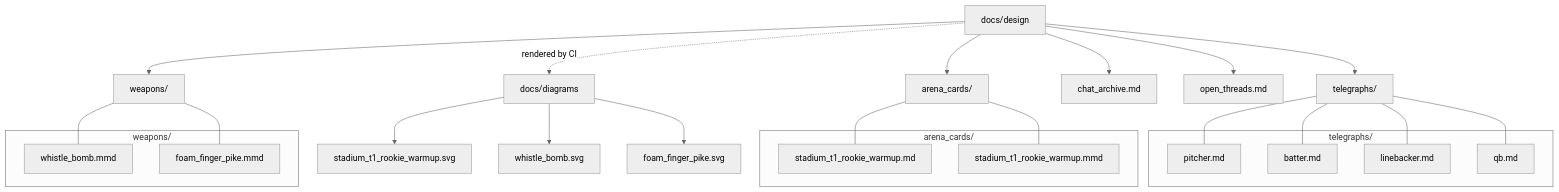
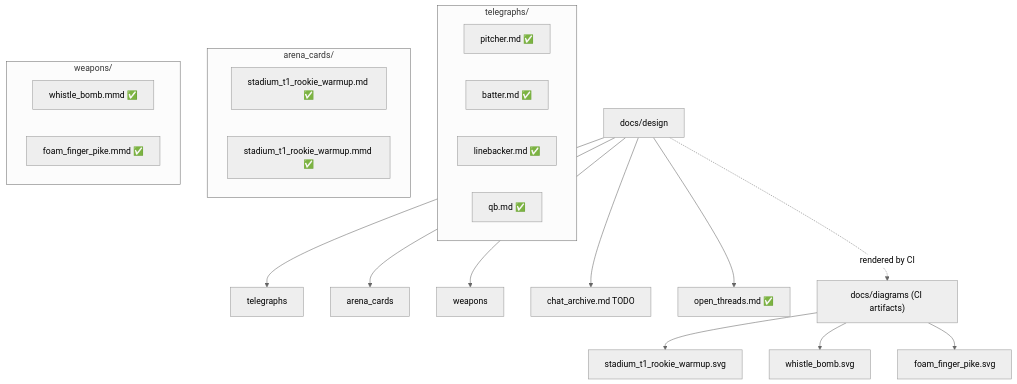
The diagram in FieldOfHorrors/docs/design/overview.mmd (mimatt24/FieldofHorrors), drawn with Mermaid (neutral theme) before and after one commit.

Commit message:
docs(overview): regenerate overview.mmd (Mermaid)

```diff
--- a/FieldOfHorrors/docs/design/overview.mmd
+++ b/FieldOfHorrors/docs/design/overview.mmd
@@ -1,42 +1,35 @@
-%% Field of Horrors – Design Overview
+%% Field of Horrors – Design Overview (auto-generated)
 flowchart TD
-  A["docs/design"] --> DG["telegraphs/"]
-  A --> AC["arena_cards/"]
-  A --> W["weapons/"]
-  A --> CA["chat_archive.md"]
-  A --> OT["open_threads.md"]
-
-  %% TELEGRAPHS
-  subgraph "telegraphs/"
-    P["pitcher.md"]
-    B["batter.md"]
-    L["linebacker.md"]
-    Q["qb.md"]
-  end
-  DG --- P
-  DG --- B
-  DG --- L
-  DG --- Q
-
-  %% ARENA CARDS
-  subgraph "arena_cards/"
-    ST1MD["stadium_t1_rookie_warmup.md"]
-    ST1MMD["stadium_t1_rookie_warmup.mmd"]
-  end
-  AC --- ST1MD
-  AC --- ST1MMD
-
-  %% WEAPONS
-  subgraph "weapons/"
-    WB["whistle_bomb.mmd"]
-    FP["foam_finger_pike.mmd"]
-  end
-  W --- WB
-  W --- FP
-
-  %% RENDERED ARTIFACTS
-  D["docs/diagrams"]
-  A -. "rendered by CI" .-> D
-  D --> ST1SVG["stadium_t1_rookie_warmup.svg"]
-  D --> WBSVG["whistle_bomb.svg"]
-  D --> FPSVG["foam_finger_pike.svg"]
+A["docs/design"]
+DG["telegraphs"]
+AC["arena_cards"]
+W["weapons"]
+CA["chat_archive.md TODO"]
+OT["open_threads.md ✅"]
+DGM["docs/diagrams (CI artifacts)"]
+subgraph TSG["telegraphs/"]
+  TP["pitcher.md ✅"]
+  TB["batter.md ✅"]
+  TL["linebacker.md ✅"]
+  TQ["qb.md ✅"]
+end
+subgraph ACG["arena_cards/"]
+  S1MD["stadium_t1_rookie_warmup.md ✅"]
+  S1MMD["stadium_t1_rookie_warmup.mmd ✅"]
+end
+subgraph WG["weapons/"]
+  WB["whistle_bomb.mmd ✅"]
+  FP["foam_finger_pike.mmd ✅"]
+end
+A --> DG
+A --> AC
+A --> W
+A --> CA
+A --> OT
+A -. rendered by CI .-> DGM
+ST1SVG["stadium_t1_rookie_warmup.svg"]
+WBSVG["whistle_bomb.svg"]
+FPSVG["foam_finger_pike.svg"]
+DGM --> ST1SVG
+DGM --> WBSVG
+DGM --> FPSVG
```
